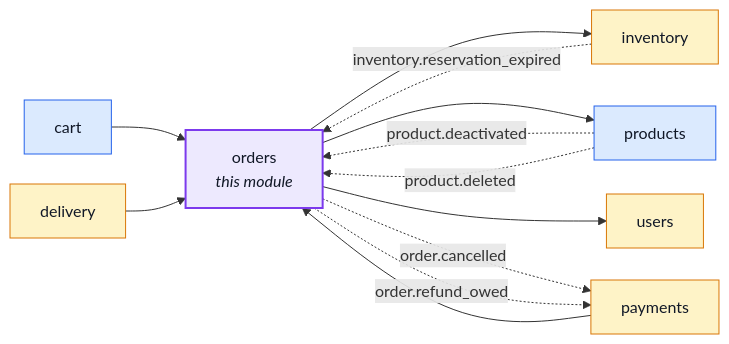
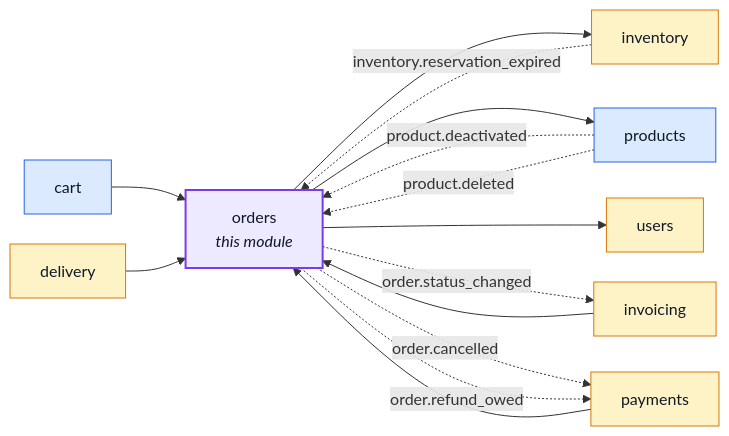
The first of 2 diagrams in docs/modules/orders.md (Guebbit/boilerplate-node-backend), drawn with Mermaid before and after one commit. The commit also changed other lines of this file and 10 other files, not shown here.

````diff
--- a/docs/modules/orders.md
+++ b/docs/modules/orders.md
@@ -16,31 +16,34 @@
 ```mermaid
 %%{init: {'flowchart': {'nodeSpacing': 30, 'rankSpacing': 60}}}%%
 flowchart LR
     orders["orders<br/><i>this module</i>"]
     cart["cart"]
     delivery["delivery"]
     inventory["inventory"]
+    invoicing["invoicing"]
     payments["payments"]
     products["products"]
     users["users"]
 
     cart --> orders
     delivery --> orders
+    invoicing --> orders
     payments --> orders
     orders --> inventory
     orders --> products
     orders --> users
     inventory -. "inventory.reservation_expired" .-> orders
     products -. "product.deactivated" .-> orders
     products -. "product.deleted" .-> orders
+    orders -. "order.status_changed" .-> invoicing
     orders -. "order.cancelled" .-> payments
     orders -. "order.refund_owed" .-> payments
 
     classDef core fill:#dbeafe,stroke:#2563eb,color:#111827;
     classDef supporting fill:#fef3c7,stroke:#d97706,color:#111827;
     classDef generic fill:#dcfce7,stroke:#16a34a,color:#111827;
     classDef centre fill:#ede9fe,stroke:#7c3aed,stroke-width:2px,color:#111827;
     class cart,products core;
-    class delivery,inventory,payments,users supporting;
+    class delivery,inventory,invoicing,payments,users supporting;
     class orders centre;
 ```
````
